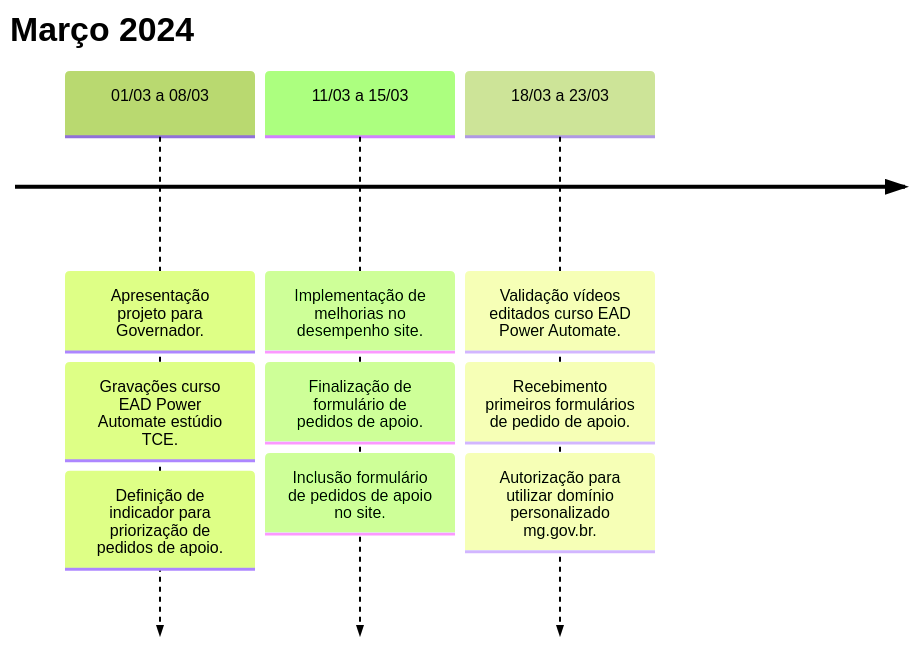
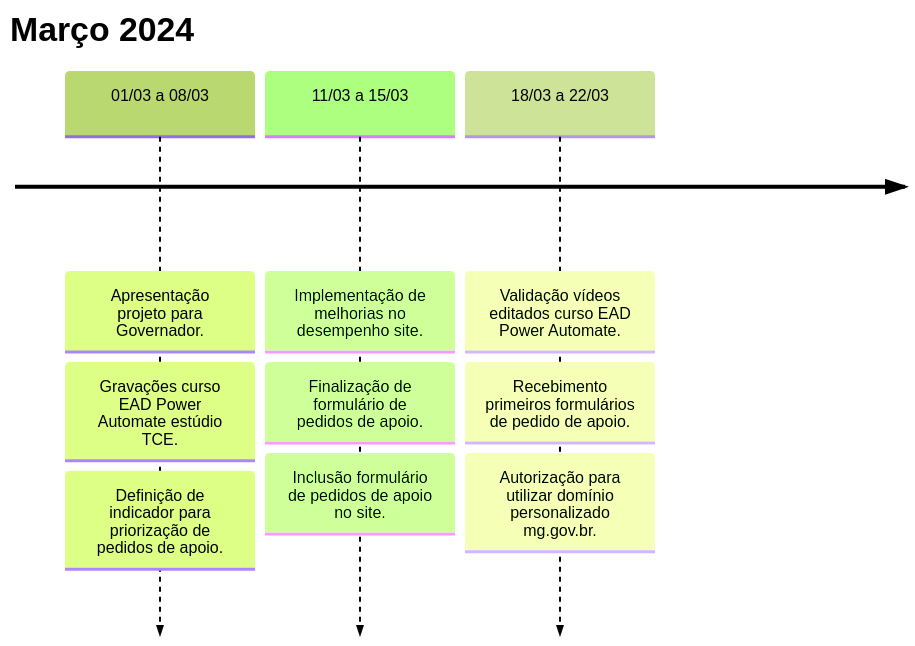
One commit to automatiza-mg/handbook changed the third of 3 diagrams in docs/linha_do_tempo/automatiza_mg.md. Above: the diagram before and after it, drawn with Mermaid (forest theme).

Commit message:
Atualiza linha do tempo automatiza-mg
Período 18/03/2024 a 22/03/2024
See #77

````diff
--- a/docs/linha_do_tempo/automatiza_mg.md
+++ b/docs/linha_do_tempo/automatiza_mg.md
@@ -52,13 +52,13 @@
 ```mermaid
 timeline
     title Março 2024
     01/03 a 08/03 : Apresentação projeto para Governador.
                   : Gravações curso EAD Power Automate estúdio TCE.
                   : Definição de indicador para priorização de pedidos de apoio.
     11/03 a 15/03 : Implementação de melhorias no desempenho site.
                   : Finalização de formulário de pedidos de apoio.
                   : Inclusão formulário de pedidos de apoio no site.
-    18/03 a 23/03 : Validação vídeos editados curso EAD Power Automate.
+    18/03 a 22/03 : Validação vídeos editados curso EAD Power Automate.
                   : Recebimento primeiros formulários de pedido de apoio.
                   : Autorização para utilizar domínio personalizado mg.gov.br.
 ```
````
